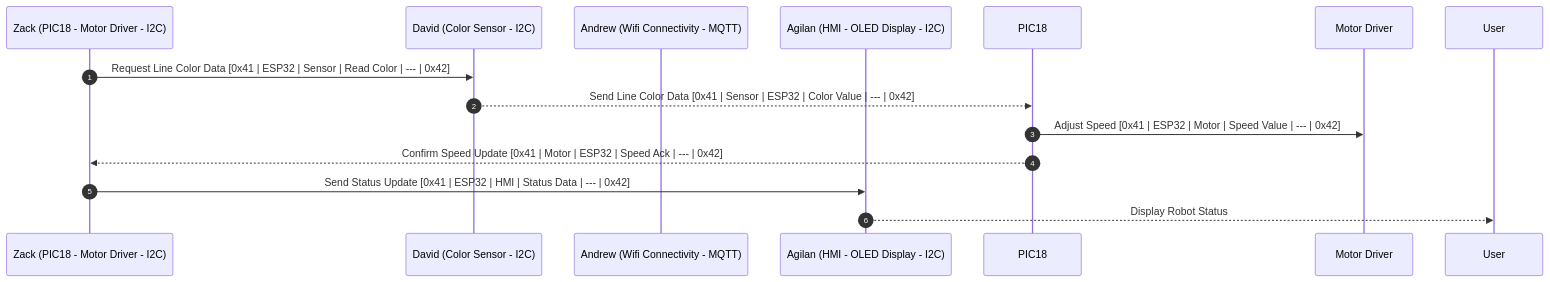
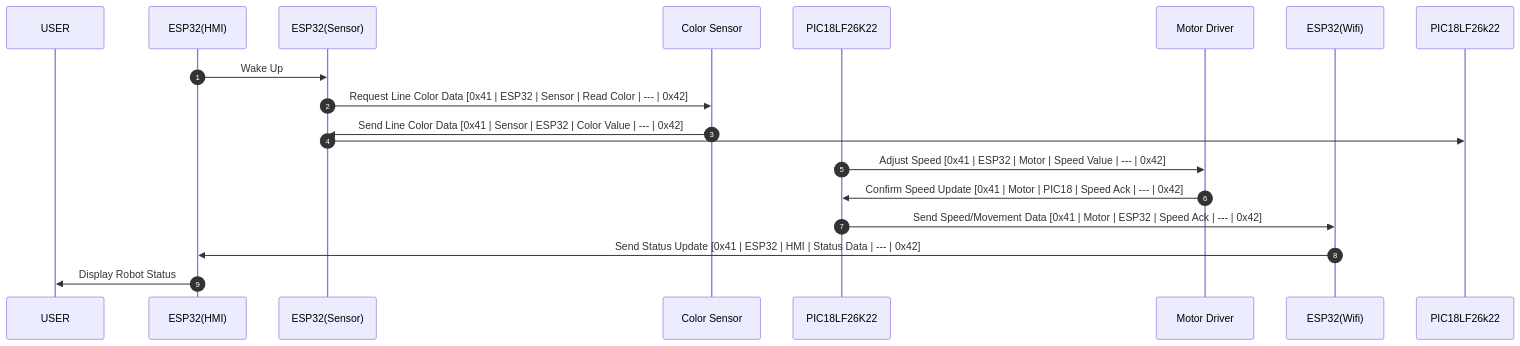
One commit to ASU-EGR314-2025-S-305/ASU-EGR314-2025-S-305.github.io changed the second of 2 diagrams in docs/Block-Diagram.md. Above: the diagram before and after it, drawn with Mermaid. The commit also changed other lines of this file, not shown here.

````diff
--- a/docs/Block-Diagram.md
+++ b/docs/Block-Diagram.md
@@ -126,17 +126,24 @@
 ```mermaid
 sequenceDiagram
     autonumber
-    participant ESP32 as Zack (PIC18 - Motor Driver - I2C)
-    participant Sensor as David (Color Sensor - I2C)
-    participant Motor as Andrew (Wifi Connectivity - MQTT)
-    participant HMI as Agilan (HMI - OLED Display - I2C)
+    participant USER
+    participant ESP32(HMI)
+    participant ESP32(Sensor)
+    participant Color Sensor
+    participant PIC18LF26K22
+    participant Motor Driver
+    participant ESP32(Wifi)
 
-    ESP32->>Sensor: Request Line Color Data [0x41 | ESP32 | Sensor | Read Color | --- | 0x42]
-    Sensor-->>PIC18: Send Line Color Data [0x41 | Sensor | ESP32 | Color Value | --- | 0x42]
-    
-    PIC18->>Motor Driver: Adjust Speed [0x41 | ESP32 | Motor | Speed Value | --- | 0x42]
-    PIC18-->>ESP32: Confirm Speed Update [0x41 | Motor | ESP32 | Speed Ack | --- | 0x42]
+    ESP32(HMI)->>ESP32(Sensor): Wake Up
 
-    ESP32->>HMI: Send Status Update [0x41 | ESP32 | HMI | Status Data | --- | 0x42]
-    HMI-->>User: Display Robot Status
+    ESP32(Sensor)->>Color Sensor: Request Line Color Data [0x41 | ESP32 | Sensor | Read Color | --- | 0x42]
+    Color Sensor->>ESP32(Sensor): Send Line Color Data [0x41 | Sensor | ESP32 | Color Value | --- | 0x42]
+    ESP32(Sensor)->>PIC18LF26k22:
+
+    PIC18LF26K22->>Motor Driver: Adjust Speed [0x41 | ESP32 | Motor | Speed Value | --- | 0x42]
+    Motor Driver->>PIC18LF26K22: Confirm Speed Update [0x41 | Motor | PIC18 | Speed Ack | --- | 0x42]
+    PIC18LF26K22->>ESP32(Wifi): Send Speed/Movement Data [0x41 | Motor | ESP32 | Speed Ack | --- | 0x42]
+
+    ESP32(Wifi)->>ESP32(HMI): Send Status Update [0x41 | ESP32 | HMI | Status Data | --- | 0x42]
+    ESP32(HMI)->>USER: Display Robot Status
 ```
````
